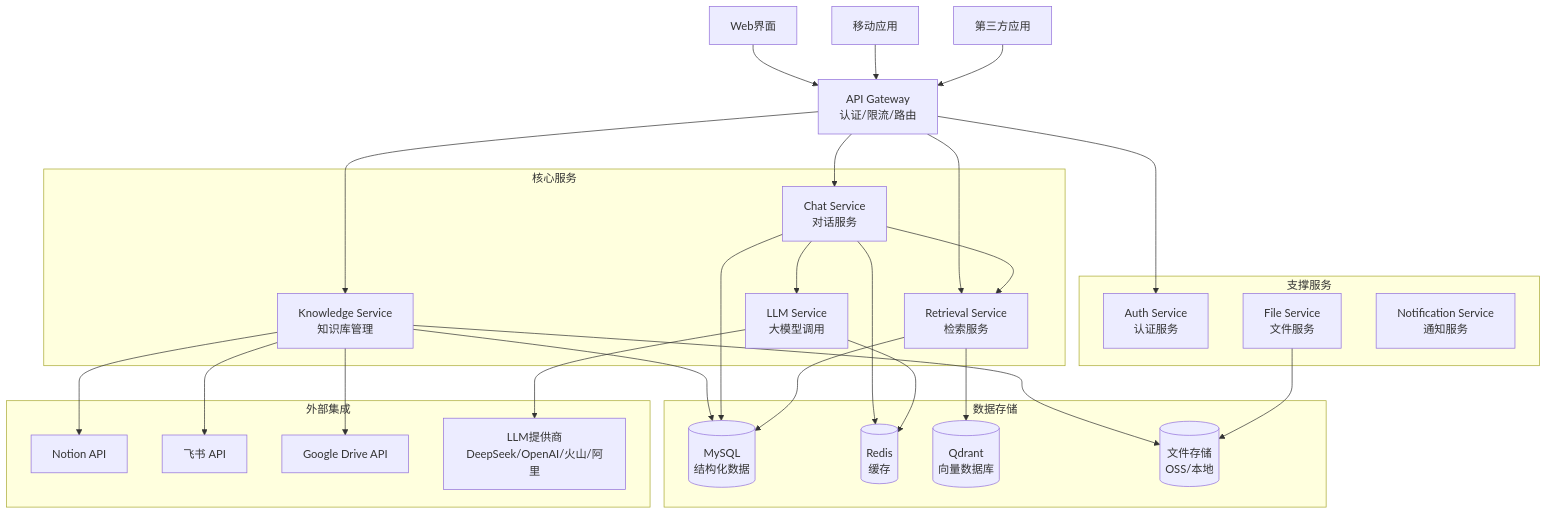
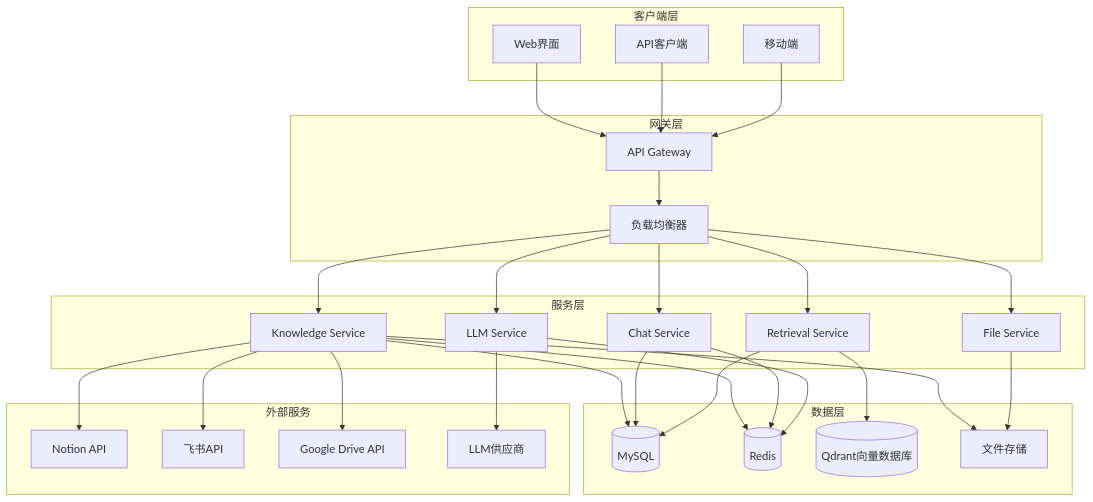
One commit to costa92/go-protoc changed the first of 3 diagrams in .kiro/specs/ai-knowledge-base/design.md. Above: the diagram before and after it, drawn with Mermaid. The commit also changed other lines of this file, not shown here.

````diff
--- a/.kiro/specs/ai-knowledge-base/design.md
+++ b/.kiro/specs/ai-knowledge-base/design.md
@@ -9,69 +28,60 @@
 ```mermaid
 graph TB
-    %% 用户层
-    WebUI[Web界面]
-    MobileApp[移动应用]
-    ThirdParty[第三方应用]
-    
-    %% API网关层
-    Gateway[API Gateway<br/>认证/限流/路由]
-    
-    %% 微服务层
-    subgraph "核心服务"
-        KnowledgeAPI[Knowledge Service<br/>知识库管理]
-        ChatAPI[Chat Service<br/>对话服务]
-        RetrievalAPI[Retrieval Service<br/>检索服务]
-        LLMAPI[LLM Service<br/>大模型调用]
+    subgraph "客户端层"
+        Web[Web界面]
+        API[API客户端]
+        Mobile[移动端]
     end
-    
-    subgraph "支撑服务"
-        AuthAPI[Auth Service<br/>认证服务]
-        FileAPI[File Service<br/>文件服务]
-        NotificationAPI[Notification Service<br/>通知服务]
+
+    subgraph "网关层"
+        Gateway[API Gateway]
+        LB[负载均衡器]
     end
-    
-    %% 数据层
-    subgraph "数据存储"
-        MySQL[(MySQL<br/>结构化数据)]
-        Redis[(Redis<br/>缓存)]
-        Qdrant[(Qdrant<br/>向量数据库)]
-        FileStorage[(文件存储<br/>OSS/本地)]
+
+    subgraph "服务层"
+        KnowledgeService[Knowledge Service]
+        LLMService[LLM Service]
+        RetrievalService[Retrieval Service]
+        ChatService[Chat Service]
+        FileService[File Service]
     end
-    
-    %% 外部服务
-    subgraph "外部集成"
+
+    subgraph "数据层"
+        MySQL[(MySQL)]
+        Redis[(Redis)]
+        Qdrant[(Qdrant向量数据库)]
+        FileStorage[文件存储]
+    end
+
+    subgraph "外部服务"
         NotionAPI[Notion API]
-        FeishuAPI[飞书 API]
-        GoogleAPI[Google Drive API]
-        LLMProviders[LLM提供商<br/>DeepSeek/OpenAI/火山/阿里]
+        FeishuAPI[飞书API]
+        GoogleDriveAPI[Google Drive API]
+        LLMProviders[LLM供应商]
     end
-    
-    %% 连接关系
-    WebUI --> Gateway
-    MobileApp --> Gateway
-    ThirdParty --> Gateway
-    
-    Gateway --> KnowledgeAPI
-    Gateway --> ChatAPI
-    Gateway --> RetrievalAPI
-    Gateway --> AuthAPI
-    
-    KnowledgeAPI --> MySQL
-    KnowledgeAPI --> FileStorage
-    KnowledgeAPI --> NotionAPI
-    KnowledgeAPI --> FeishuAPI
-    KnowledgeAPI --> GoogleAPI
-    
-    ChatAPI --> MySQL
-    ChatAPI --> Redis
-    ChatAPI --> LLMAPI
-    ChatAPI --> RetrievalAPI
-    
-    RetrievalAPI --> Qdrant
-    RetrievalAPI --> MySQL
-    
-    LLMAPI --> LLMProviders
-    LLMAPI --> Redis
-    
-    FileAPI --> FileStorage
+
+    Web --> Gateway
+    API --> Gateway
+    Mobile --> Gateway
+    Gateway --> LB
+    LB --> KnowledgeService
+    LB --> LLMService
+    LB --> RetrievalService
+    LB --> ChatService
+    LB --> FileService
+
+    KnowledgeService --> MySQL
+    KnowledgeService --> Redis
+    KnowledgeService --> FileStorage
+    ChatService --> MySQL
+    ChatService --> Redis
+    RetrievalService --> Qdrant
+    RetrievalService --> MySQL
+    LLMService --> Redis
+    FileService --> FileStorage
+
+    KnowledgeService --> NotionAPI
+    KnowledgeService --> FeishuAPI
+    KnowledgeService --> GoogleDriveAPI
+    LLMService --> LLMProviders
 ```
````
